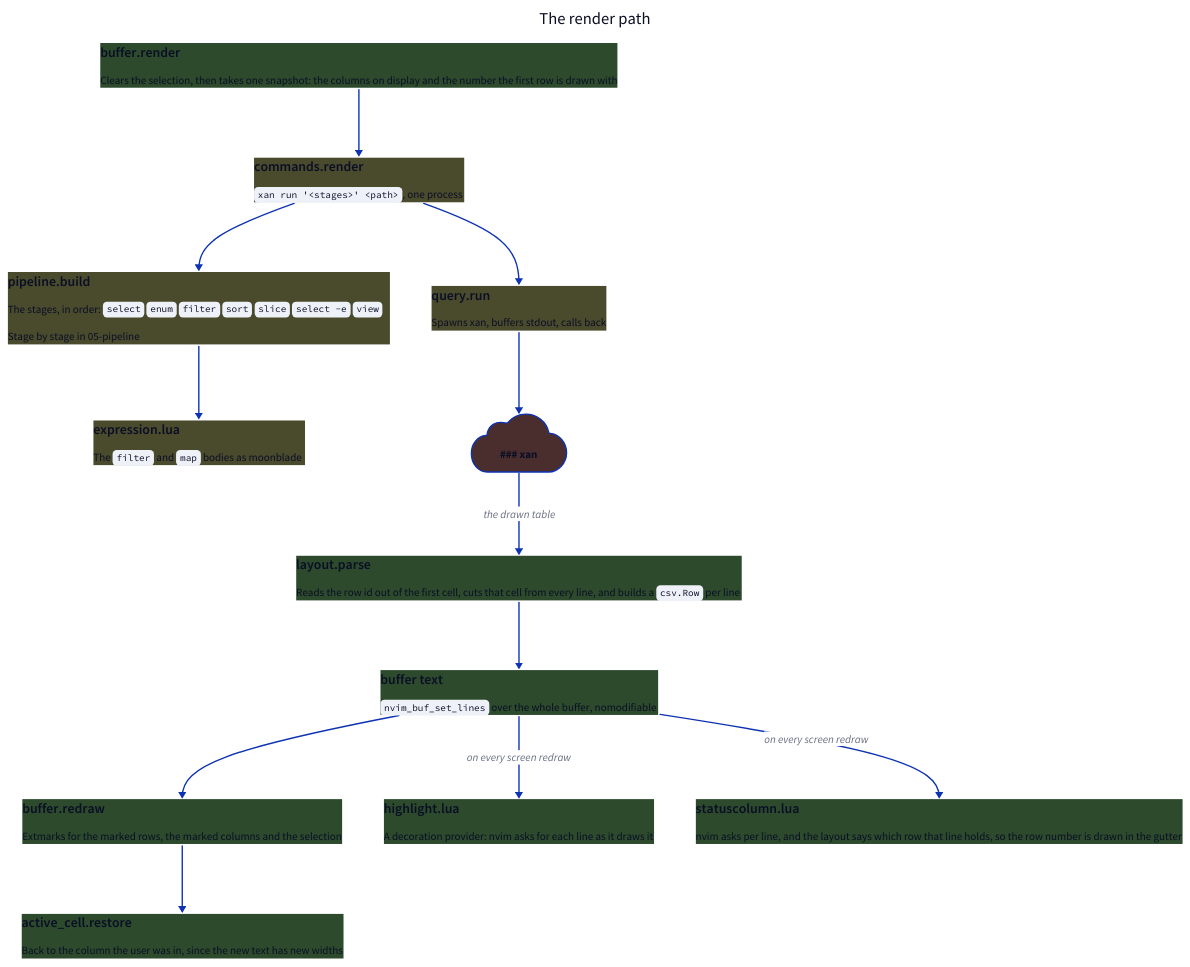
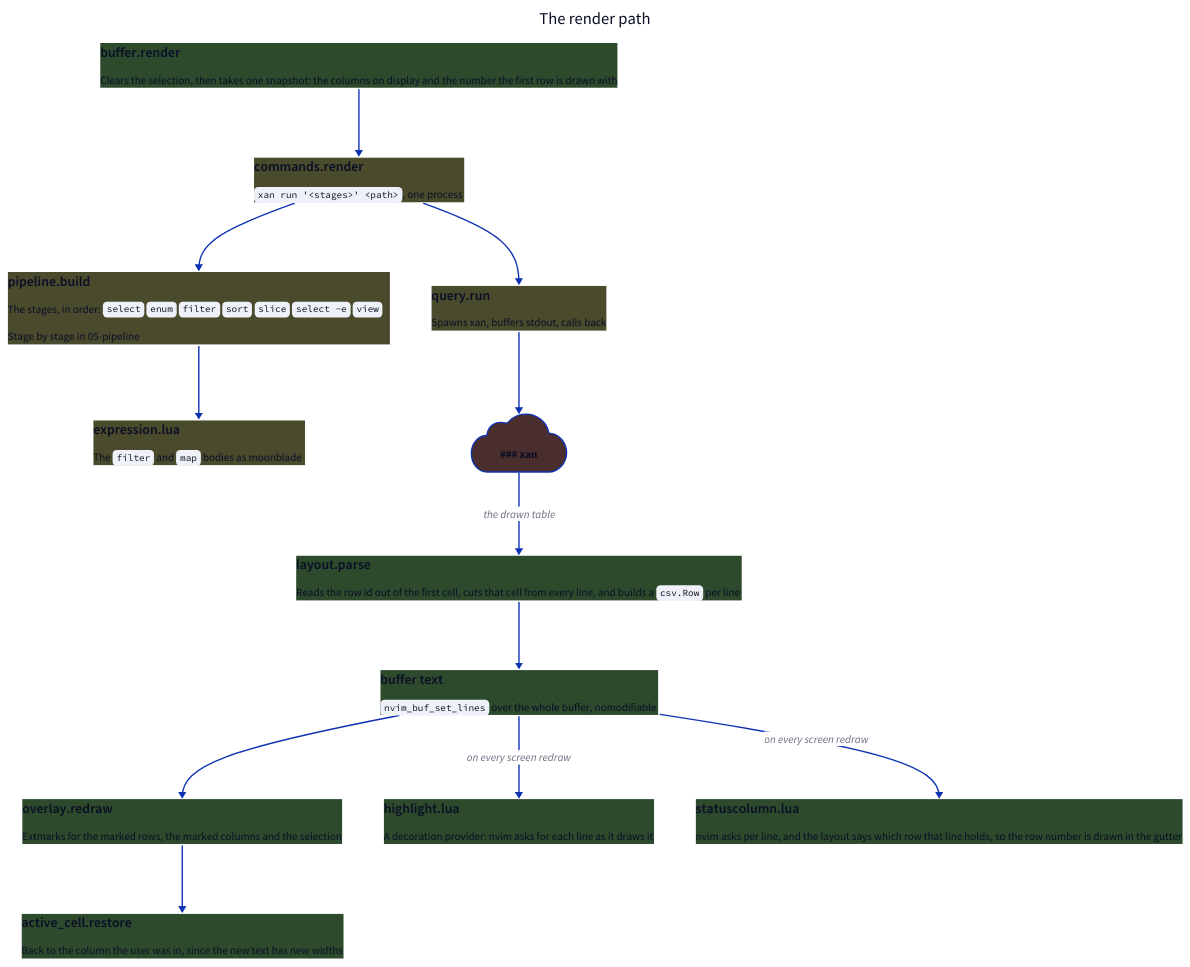
Before and after one commit to cseickel/csv-table.nvim: the diagram in docs/02-render-path.d2, drawn with D2. The commit also changed 21 other files, not shown here.

```diff
--- a/docs/02-render-path.d2
+++ b/docs/02-render-path.d2
@@ -1,104 +1,104 @@
 direction: down
 
 title: The render path {
   near: top-center
   shape: text
   style.font-size: 24
 }
 
 classes: {
   build: {style.fill: "#4a4a2d"}
   draw: {style.fill: "#2d4a2d"}
   external: {style.fill: "#4a2d2d"}
 }
 
 render: |md
   ### buffer.render
   Clears the selection, then takes one
   snapshot: the columns on display and
   the number the first row is drawn with
 | {class: draw}
 
 commands: |md
   ### commands.render
   `xan run '<stages>' <path>`,
   one process
 | {class: build}
 
 pipeline: |md
   ### pipeline.build
   The stages, in order:
   `select` `enum` `filter` `sort`
   `slice` `select -e` `view`
 
   Stage by stage in 05-pipeline
 | {class: build}
 
 expression: |md
   ### expression.lua
   The `filter` and `map` bodies
   as moonblade
 | {class: build}
 
 query: |md
   ### query.run
   Spawns xan, buffers stdout,
   calls back
 | {class: build}
 
 xan: |md
   ### xan
 | {
   class: external
   shape: cloud
 }
 
 parse: |md
   ### layout.parse
   Reads the row id out of the first
   cell, cuts that cell from every line,
   and builds a `csv.Row` per line
 | {class: draw}
 
 lines: |md
   ### buffer text
   `nvim_buf_set_lines` over the
   whole buffer, nomodifiable
 | {class: draw}
 
 redraw: |md
-  ### buffer.redraw
+  ### overlay.redraw
   Extmarks for the marked rows,
   the marked columns and the selection
 | {class: draw}
 
 restore: |md
   ### active_cell.restore
   Back to the column the user was in,
   since the new text has new widths
 | {class: draw}
 
 highlight: |md
   ### highlight.lua
   A decoration provider: nvim asks for
   each line as it draws it
 | {class: draw}
 
 gutter: |md
   ### statuscolumn.lua
   nvim asks per line, and the layout
   says which row that line holds, so
   the row number is drawn in the gutter
 | {class: draw}
 
 render -> commands
 commands -> pipeline
 pipeline -> expression
 commands -> query
 query -> xan
 xan -> parse: the drawn table
 parse -> lines
 lines -> redraw
 redraw -> restore
 lines -> highlight: on every screen redraw
 lines -> gutter: on every screen redraw
```
